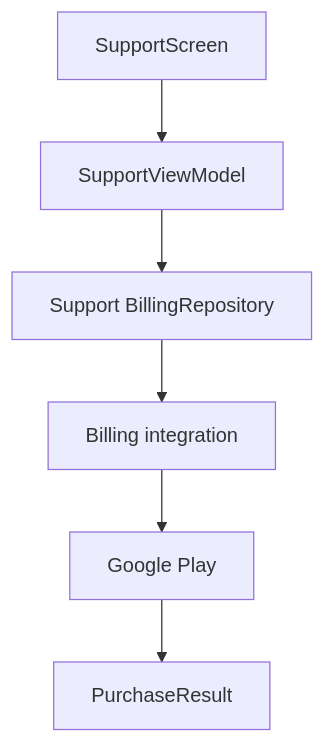
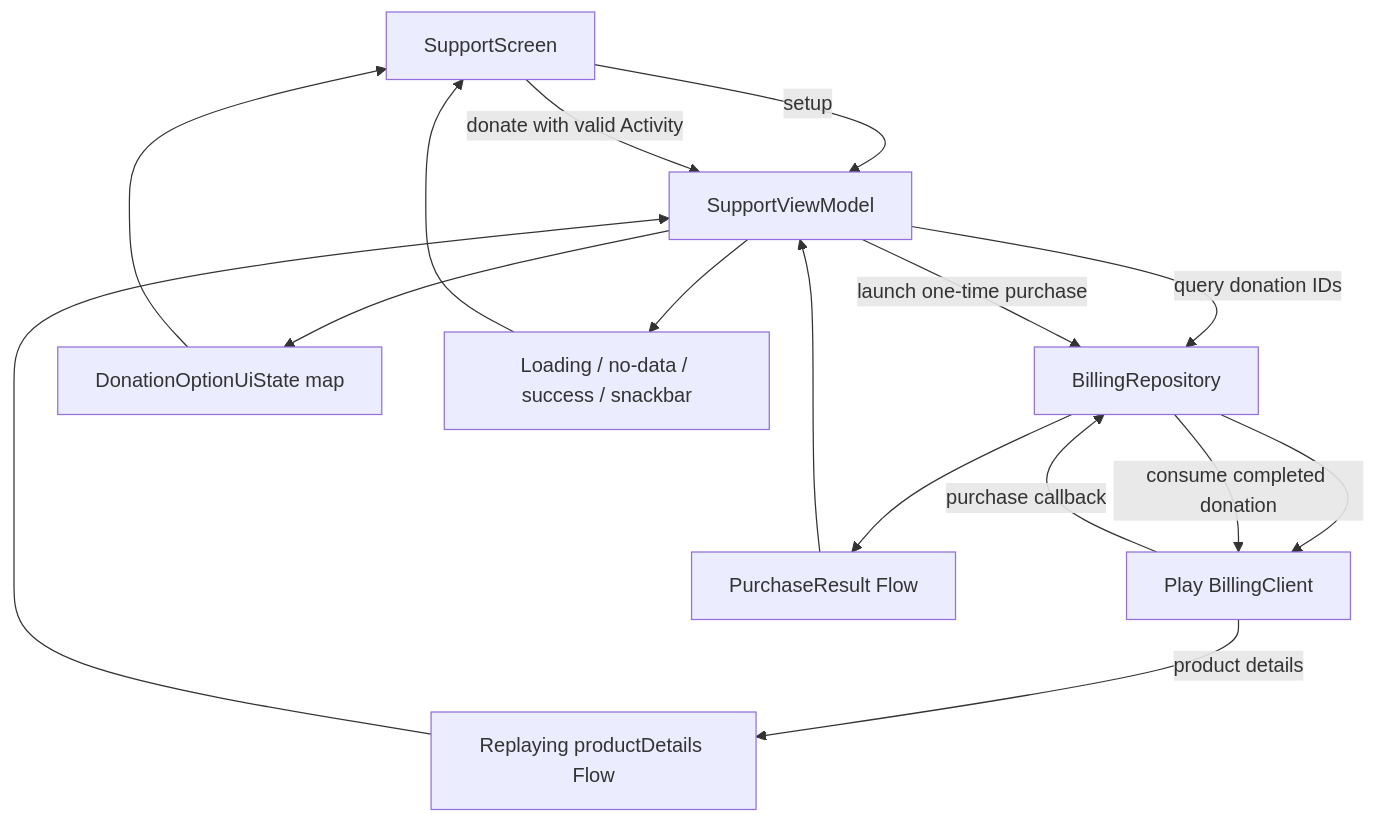
One commit to MihaiCristianCondrea/App-Toolkit-for-Android changed the diagram in library/feature/support/README.md. Above: the diagram before and after it, drawn with Mermaid. The commit also changed other lines of this file and 57 other files, not shown here.

````diff
--- a/library/feature/support/README.md
+++ b/library/feature/support/README.md
@@ -31,8 +31,18 @@
 ```mermaid
 flowchart TD
-    Screen[SupportScreen] --> VM[SupportViewModel]
-    VM --> FeatureRepo[Support BillingRepository]
-    FeatureRepo --> Billing[Billing integration]
-    Billing --> Play[Google Play]
-    Play --> Result[PurchaseResult]
+    Screen[SupportScreen] -->|setup| VM[SupportViewModel]
+    VM -->|query donation IDs| Billing[BillingRepository]
+    Billing --> Play[Play BillingClient]
+    Play -->|product details| ProductFlow[Replaying productDetails Flow]
+    ProductFlow --> VM
+    VM --> Options[DonationOptionUiState map]
+    Options --> Screen
+    Screen -->|donate with valid Activity| VM
+    VM -->|launch one-time purchase| Billing
+    Play -->|purchase callback| Billing
+    Billing -->|consume completed donation| Play
+    Billing --> Result[PurchaseResult Flow]
+    Result --> VM
+    VM --> State[Loading / no-data / success / snackbar]
+    State --> Screen
 ```
````
